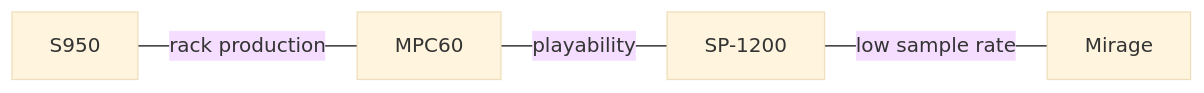
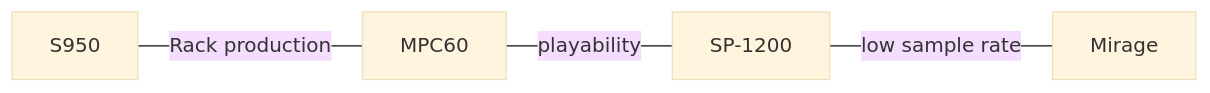
The third of 21 diagrams in en/_posts/2025-11-20-column-akai-mpc-60-emu-sp1200.md (monumental-movement/monumental-movement.github.io), drawn with Mermaid (base theme) before and after one commit. The commit also changed 214 other files, not shown here.

```diff
--- a/en/_posts/2025-11-20-column-akai-mpc-60-emu-sp1200.md
+++ b/en/_posts/2025-11-20-column-akai-mpc-60-emu-sp1200.md
@@ -237,13 +237,13 @@
 <div class="mermaid">
     
 flowchart LR
   SP["SP-1200"]
   MPC["MPC60"]
   S950["S950"]
   Mirage["Mirage"]
   
   SP ---|low sample rate| Mirage
   MPC ---|playability| SP
-  S950 ---|rack production| MPC
+  S950 ---|Rack production| MPC
 
 </div> 
```
